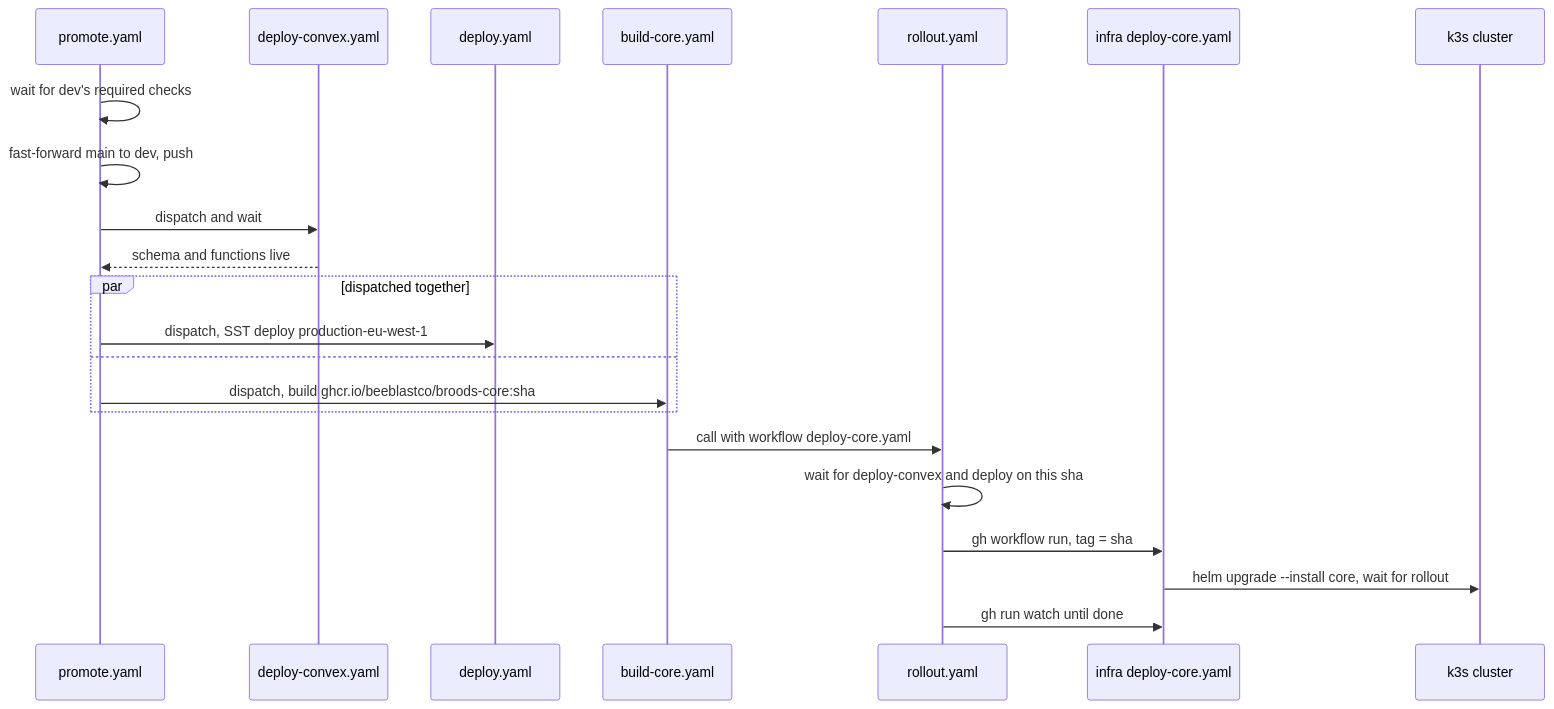
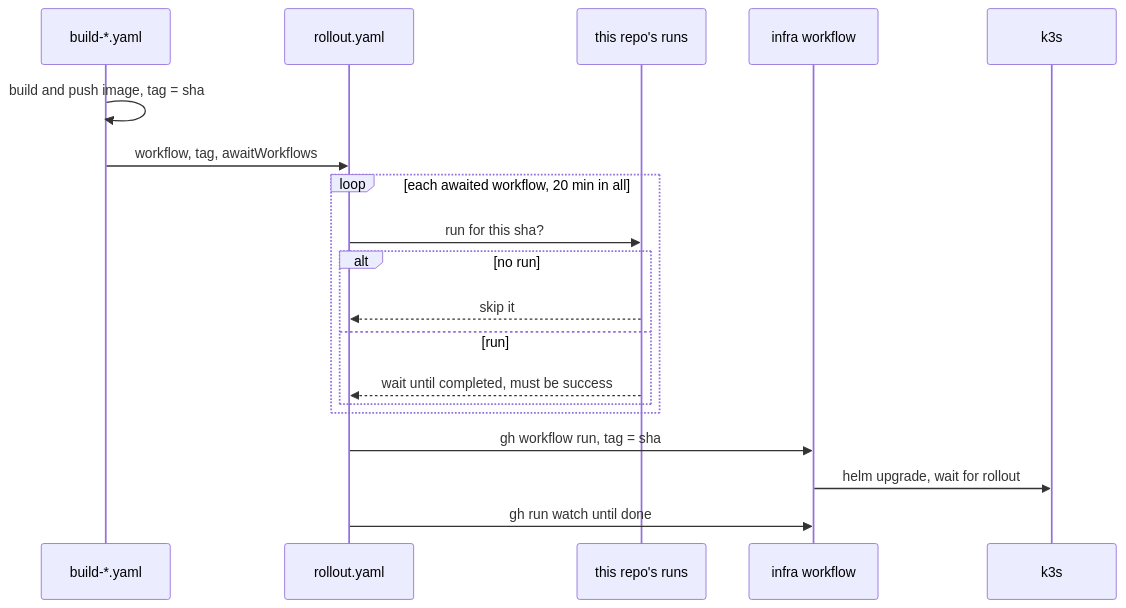
One commit to beeblastco/broods changed the third of 5 diagrams in apps/docs/docs/internals/ci-cd.md. Above: the diagram before and after it, drawn with Mermaid. The commit also changed other lines of this file and 22 other files, not shown here.

First line of the commit message:
docs: fold the Cloudflare pages into their sections, rewrite internals diagram-first (#1010)

````diff
--- a/apps/docs/docs/internals/ci-cd.md
+++ b/apps/docs/docs/internals/ci-cd.md
@@ -66,25 +73,22 @@
 ```mermaid
 sequenceDiagram
-  participant P as promote.yaml
-  participant CVX as deploy-convex.yaml
-  participant SST as deploy.yaml
-  participant B as build-core.yaml
+  participant B as build-*.yaml
   participant R as rollout.yaml
-  participant I as infra deploy-core.yaml
-  participant K as k3s cluster
+  participant GH as this repo's runs
+  participant I as infra workflow
+  participant K as k3s
 
-  P->>P: wait for dev's required checks
-  P->>P: fast-forward main to dev, push
-  P->>CVX: dispatch and wait
-  CVX-->>P: schema and functions live
-  par dispatched together
-    P->>SST: dispatch, SST deploy production-eu-west-1
-  and
-    P->>B: dispatch, build ghcr.io/beeblastco/broods-core:sha
+  B->>B: build and push image, tag = sha
+  B->>R: workflow, tag, awaitWorkflows
+  loop each awaited workflow, 20 min in all
+    R->>GH: run for this sha?
+    alt no run
+      GH-->>R: skip it
+    else run
+      GH-->>R: wait until completed, must be success
+    end
   end
-  B->>R: call with workflow deploy-core.yaml
-  R->>R: wait for deploy-convex and deploy on this sha
   R->>I: gh workflow run, tag = sha
-  I->>K: helm upgrade --install core, wait for rollout
+  I->>K: helm upgrade, wait for rollout
   R->>I: gh run watch until done
 ```
````
